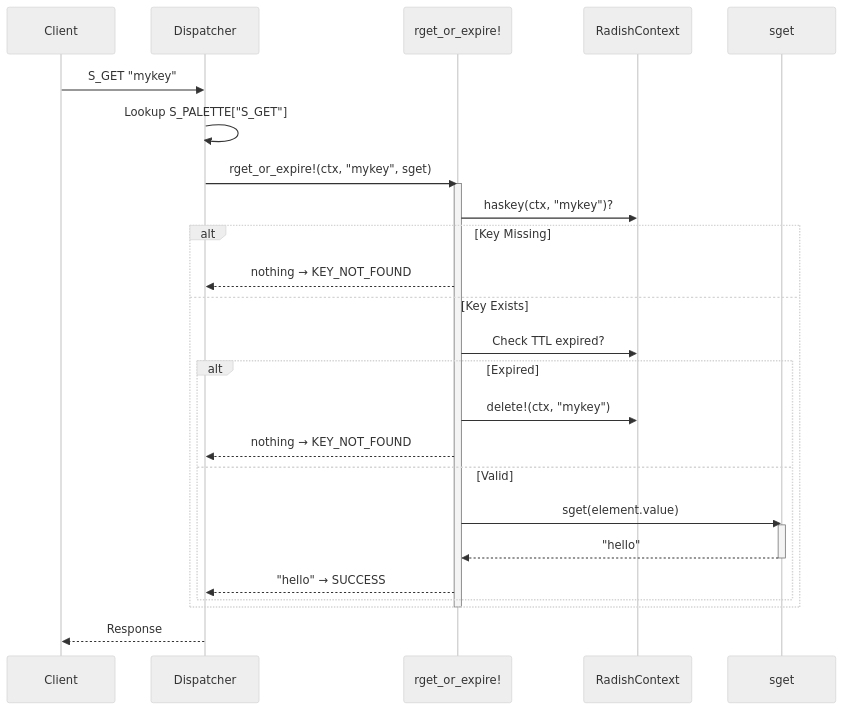
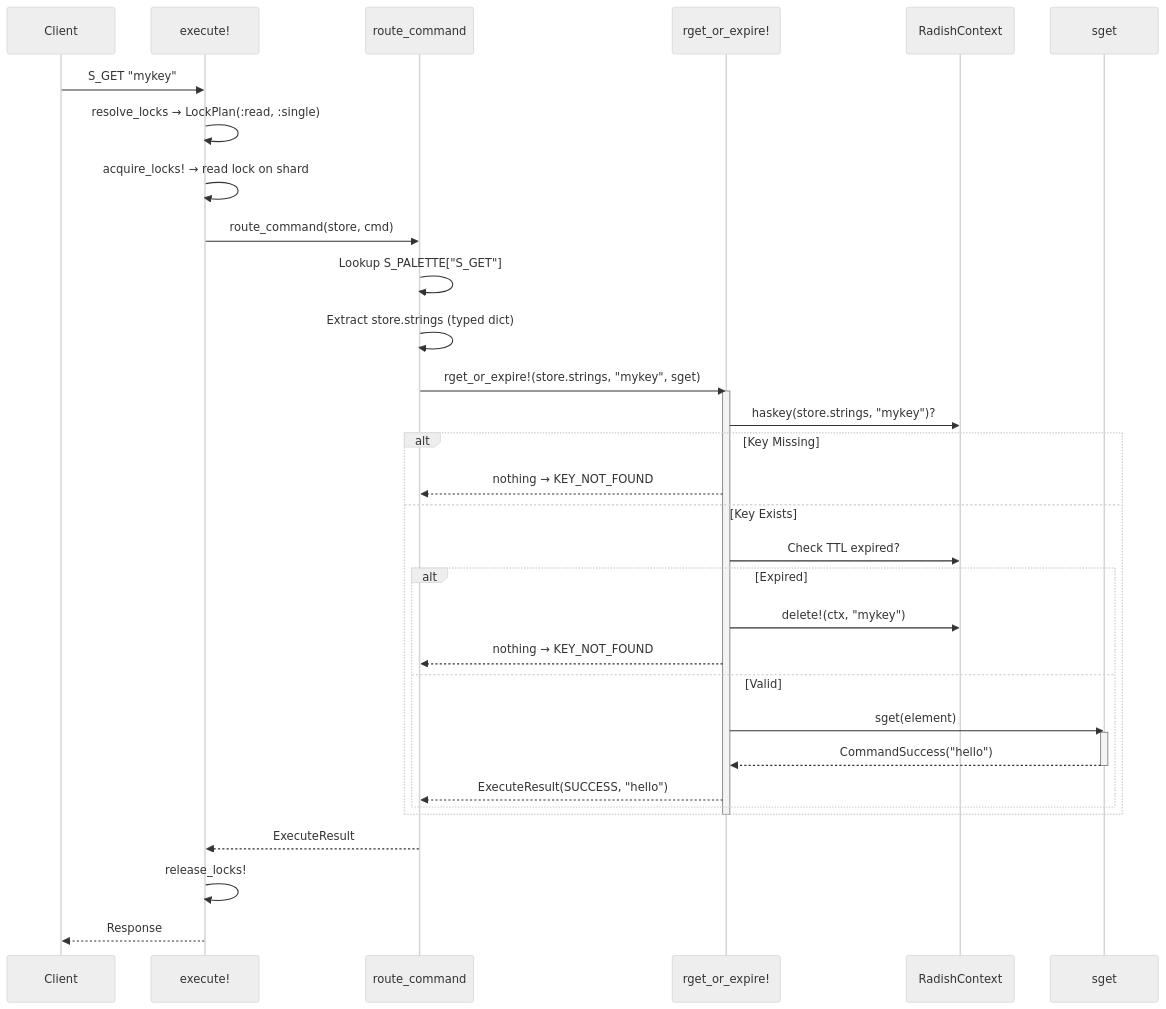
The diagram in docs/architecture.md (fabioscantamburlo/Radish), drawn with Mermaid (neutral theme) before and after one commit. The commit also changed other lines of this file and 77 other files, not shown here.

````diff
--- a/docs/architecture.md
+++ b/docs/architecture.md
@@ -108,33 +123,40 @@
 ```mermaid
 sequenceDiagram
     participant Client
-    participant Dispatcher
+    participant Dispatcher as execute!
+    participant Router as route_command
     participant Hypercommand as rget_or_expire!
     participant Context as RadishContext
     participant TypeCmd as sget
 
     Client->>Dispatcher: S_GET "mykey"
-    Dispatcher->>Dispatcher: Lookup S_PALETTE["S_GET"]
-    Dispatcher->>Hypercommand: rget_or_expire!(ctx, "mykey", sget)
+    Dispatcher->>Dispatcher: resolve_locks → LockPlan(:read, :single)
+    Dispatcher->>Dispatcher: acquire_locks! → read lock on shard
+    Dispatcher->>Router: route_command(store, cmd)
+    Router->>Router: Lookup S_PALETTE["S_GET"]
+    Router->>Router: Extract store.strings (typed dict)
+    Router->>Hypercommand: rget_or_expire!(store.strings, "mykey", sget)
 
     activate Hypercommand
-    Hypercommand->>Context: haskey(ctx, "mykey")?
+    Hypercommand->>Context: haskey(store.strings, "mykey")?
     alt Key Missing
-        Hypercommand-->>Dispatcher: nothing → KEY_NOT_FOUND
+        Hypercommand-->>Router: nothing → KEY_NOT_FOUND
     else Key Exists
         Hypercommand->>Context: Check TTL expired?
         alt Expired
             Hypercommand->>Context: delete!(ctx, "mykey")
-            Hypercommand-->>Dispatcher: nothing → KEY_NOT_FOUND
+            Hypercommand-->>Router: nothing → KEY_NOT_FOUND
         else Valid
-            Hypercommand->>TypeCmd: sget(element.value)
+            Hypercommand->>TypeCmd: sget(element)
             activate TypeCmd
-            TypeCmd-->>Hypercommand: "hello"
+            TypeCmd-->>Hypercommand: CommandSuccess("hello")
             deactivate TypeCmd
-            Hypercommand-->>Dispatcher: "hello" → SUCCESS
+            Hypercommand-->>Router: ExecuteResult(SUCCESS, "hello")
         end
     end
     deactivate Hypercommand
 
+    Router-->>Dispatcher: ExecuteResult
+    Dispatcher->>Dispatcher: release_locks!
     Dispatcher-->>Client: Response
 ```
````
